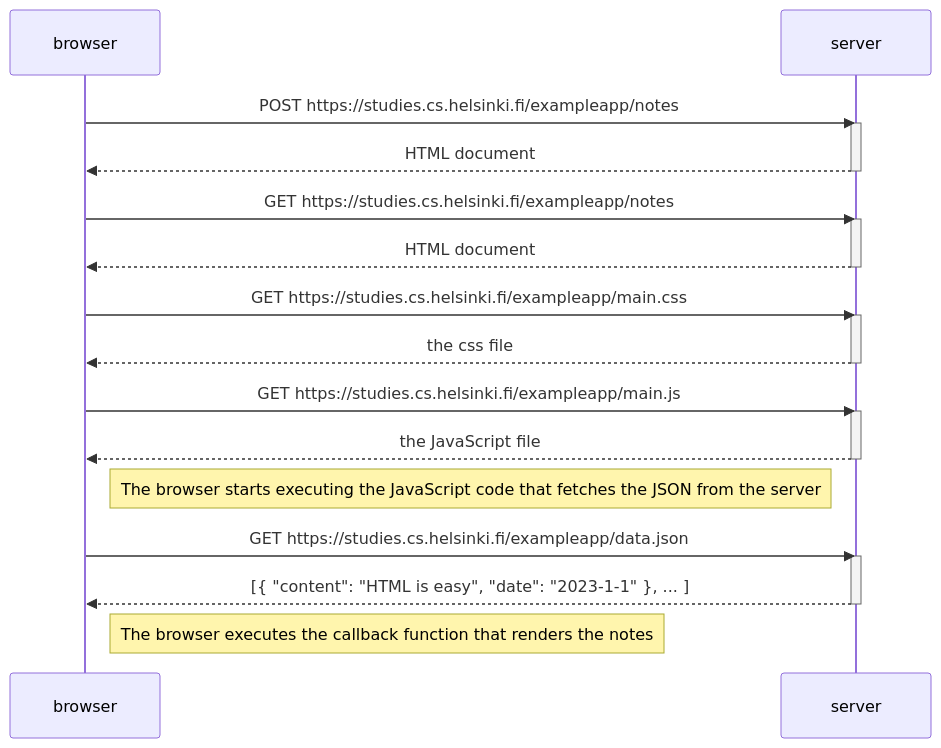
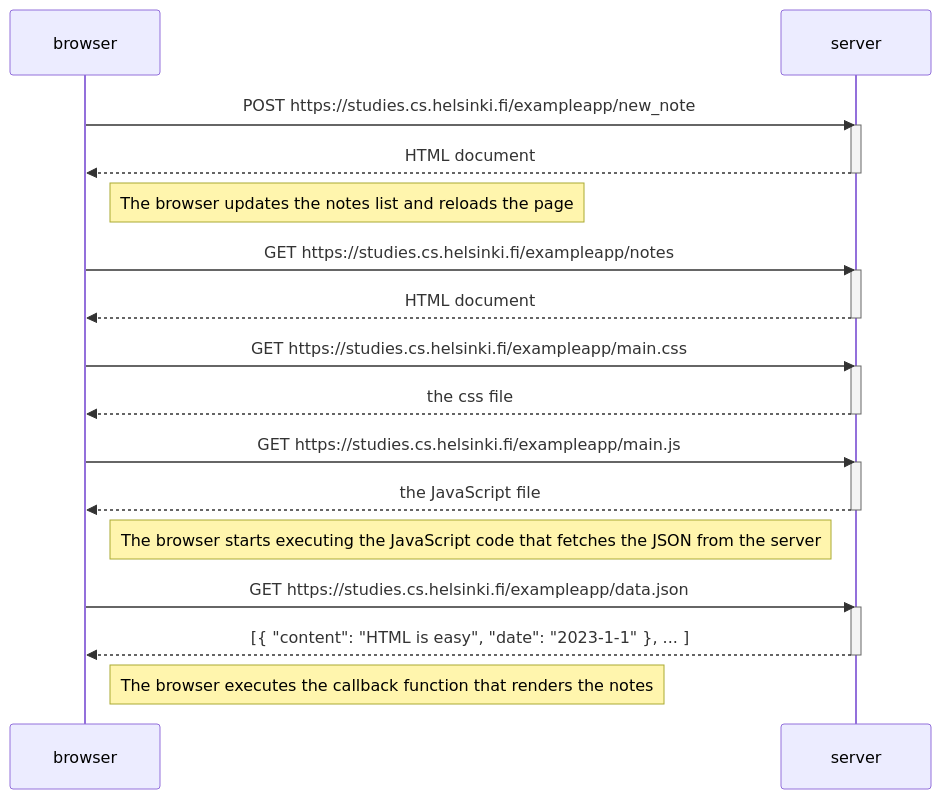
One commit to stefanopalu/UoH_FScourse changed the diagram in part0/ex4.md. Above: the diagram before and after it, drawn with Mermaid.

````diff
--- a/part0/ex4.md
+++ b/part0/ex4.md
@@ -1,34 +1,36 @@
 ```mermaid
   sequenceDiagram
     participant browser
     participant server
 
-    browser->>server: POST https://studies.cs.helsinki.fi/exampleapp/notes
+    browser->>server: POST https://studies.cs.helsinki.fi/exampleapp/new_note
     activate server
     server-->>browser: HTML document
     deactivate server
+
+    Note right of browser: The browser updates the notes list and reloads the page
 
     browser->>server: GET https://studies.cs.helsinki.fi/exampleapp/notes
     activate server
     server-->>browser: HTML document
     deactivate server
 
     browser->>server: GET https://studies.cs.helsinki.fi/exampleapp/main.css
     activate server
     server-->>browser: the css file
     deactivate server
 
     browser->>server: GET https://studies.cs.helsinki.fi/exampleapp/main.js
     activate server
     server-->>browser: the JavaScript file
     deactivate server
 
     Note right of browser: The browser starts executing the JavaScript code that fetches the JSON from the server
 
     browser->>server: GET https://studies.cs.helsinki.fi/exampleapp/data.json
     activate server
     server-->>browser: [{ "content": "HTML is easy", "date": "2023-1-1" }, ... ]
     deactivate server
 
     Note right of browser: The browser executes the callback function that renders the notes
 ```
````
